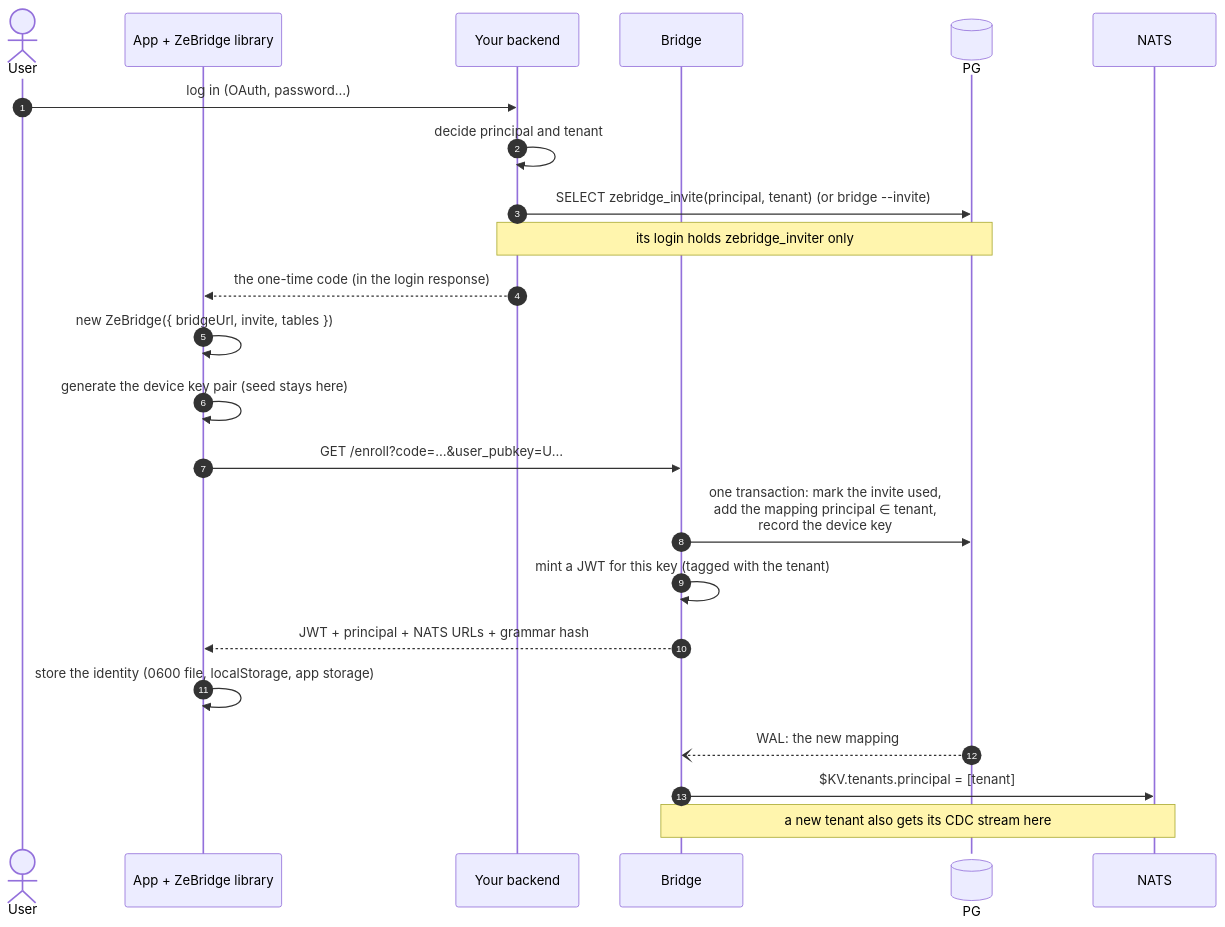
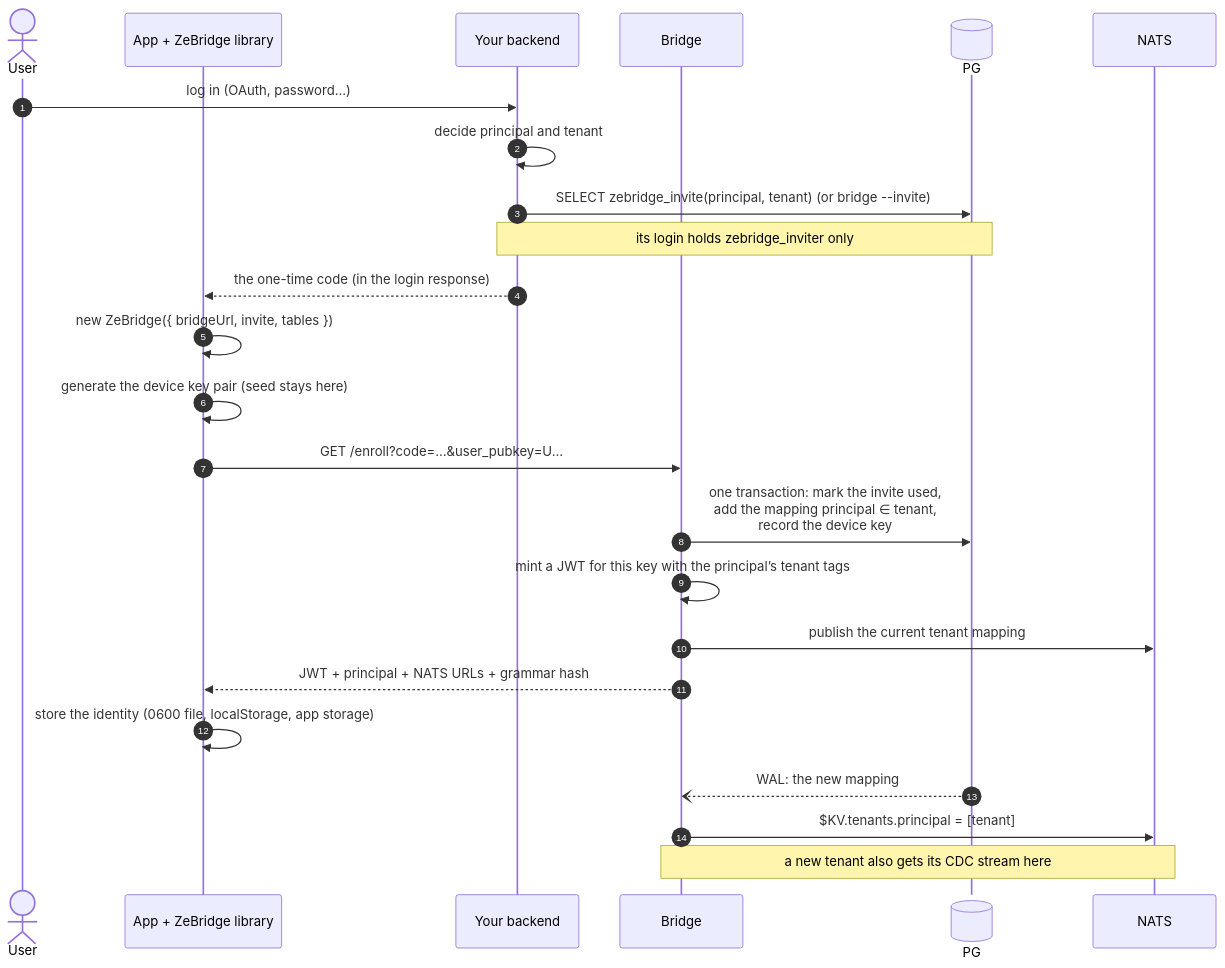
Before and after one commit to ndrean/ZeBridge: the first of 2 diagrams in AUTHENTICATION.md, drawn with Mermaid. The commit also changed other lines of this file and 1 other file, not shown here.

````diff
--- a/AUTHENTICATION.md
+++ b/AUTHENTICATION.md
@@ -104,28 +105,29 @@
 ```mermaid
 sequenceDiagram
     autonumber
     actor U as User
     participant A as App + ZeBridge library
     participant BE as Your backend
     participant B as Bridge
     participant PG@{ "type" : "database" }
     participant N as NATS
 
     U->>BE: log in (OAuth, password…)
     BE->>BE: decide principal and tenant
     BE->>PG: SELECT zebridge_invite(principal, tenant) (or bridge --invite)
     Note over BE,PG: its login holds zebridge_inviter only
     BE-->>A: the one-time code (in the login response)
 
     A->>A: new ZeBridge({ bridgeUrl, invite, tables })
     A->>A: generate the device key pair (seed stays here)
     A->>B: GET /enroll?code=…&user_pubkey=U…
     B->>PG: one transaction: mark the invite used,<br/>add the mapping principal ∈ tenant,<br/>record the device key
-    B->>B: mint a JWT for this key (tagged with the tenant)
+    B->>B: mint a JWT for this key with the principal’s tenant tags
+    B->>N: publish the current tenant mapping
     B-->>A: JWT + principal + NATS URLs + grammar hash
     A->>A: store the identity (0600 file, localStorage, app storage)
 
     PG--)B: WAL: the new mapping
     B->>N: $KV.tenants.principal = [tenant]
     Note over B,N: a new tenant also gets its CDC stream here
 ```
````
